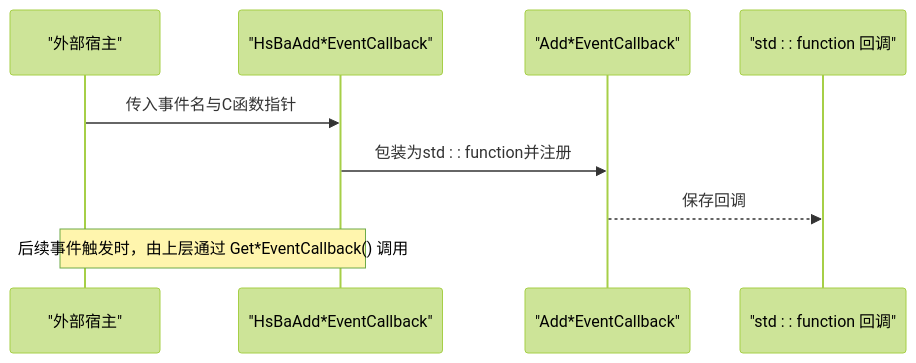
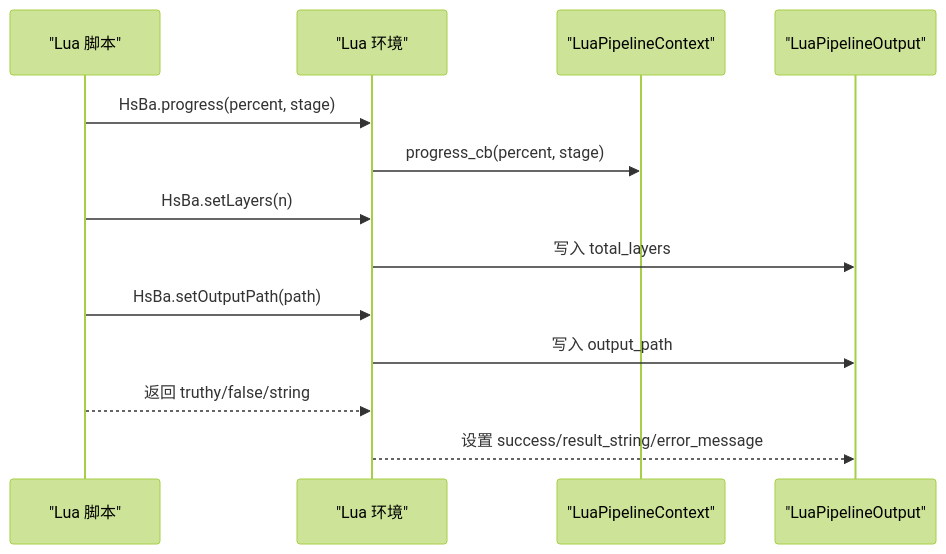
One commit to hsmbanlance/HsBaSlicer changed the fourth of 9 diagrams in .qoder/repowiki/zh/content/扩展开发指南/事件系统开发.md. Above: the diagram before and after it, drawn with Mermaid (forest theme). The commit also changed other lines of this file and 1135 other files, not shown here.

````diff
--- a/.qoder/repowiki/zh/content/扩展开发指南/事件系统开发.md
+++ b/.qoder/repowiki/zh/content/扩展开发指南/事件系统开发.md
@@ -202,11 +178,15 @@
 ```mermaid
 sequenceDiagram
-participant Host as "外部宿主"
-participant CABI as "HsBaAdd*EventCallback"
-participant Center as "Add*EventCallback"
-participant CB as "std : : function 回调"
-Host->>CABI : 传入事件名与C函数指针
-CABI->>Center : 包装为std : : function并注册
-Center-->>CB : 保存回调
-Note over Host,CABI : 后续事件触发时，由上层通过 Get*EventCallback() 调用
+participant Script as "Lua 脚本"
+participant Env as "Lua 环境"
+participant Ctx as "LuaPipelineContext"
+participant Out as "LuaPipelineOutput"
+Script->>Env : HsBa.progress(percent, stage)
+Env->>Ctx : progress_cb(percent, stage)
+Script->>Env : HsBa.setLayers(n)
+Env->>Out : 写入 total_layers
+Script->>Env : HsBa.setOutputPath(path)
+Env->>Out : 写入 output_path
+Script-->>Env : 返回 truthy/false/string
+Env-->>Out : 设置 success/result_string/error_message
 ```
````
